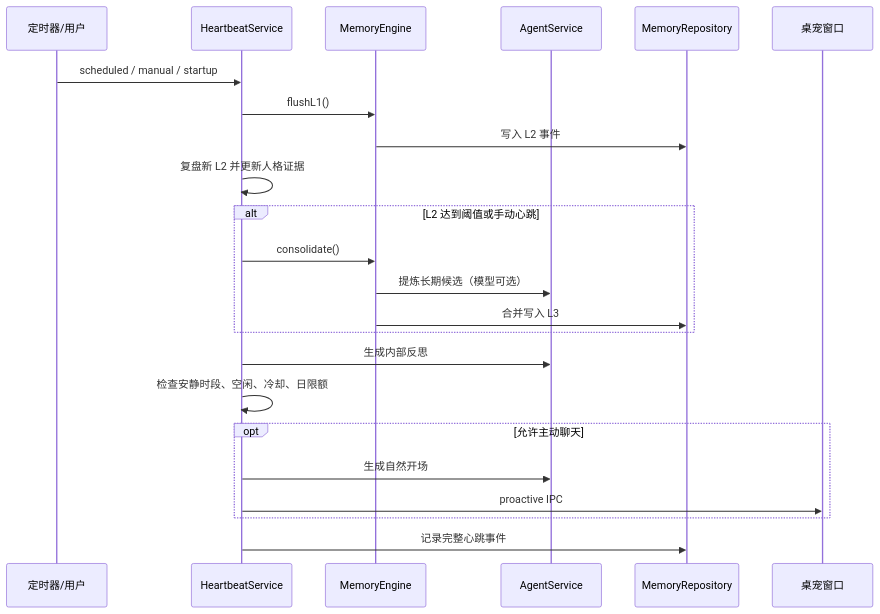
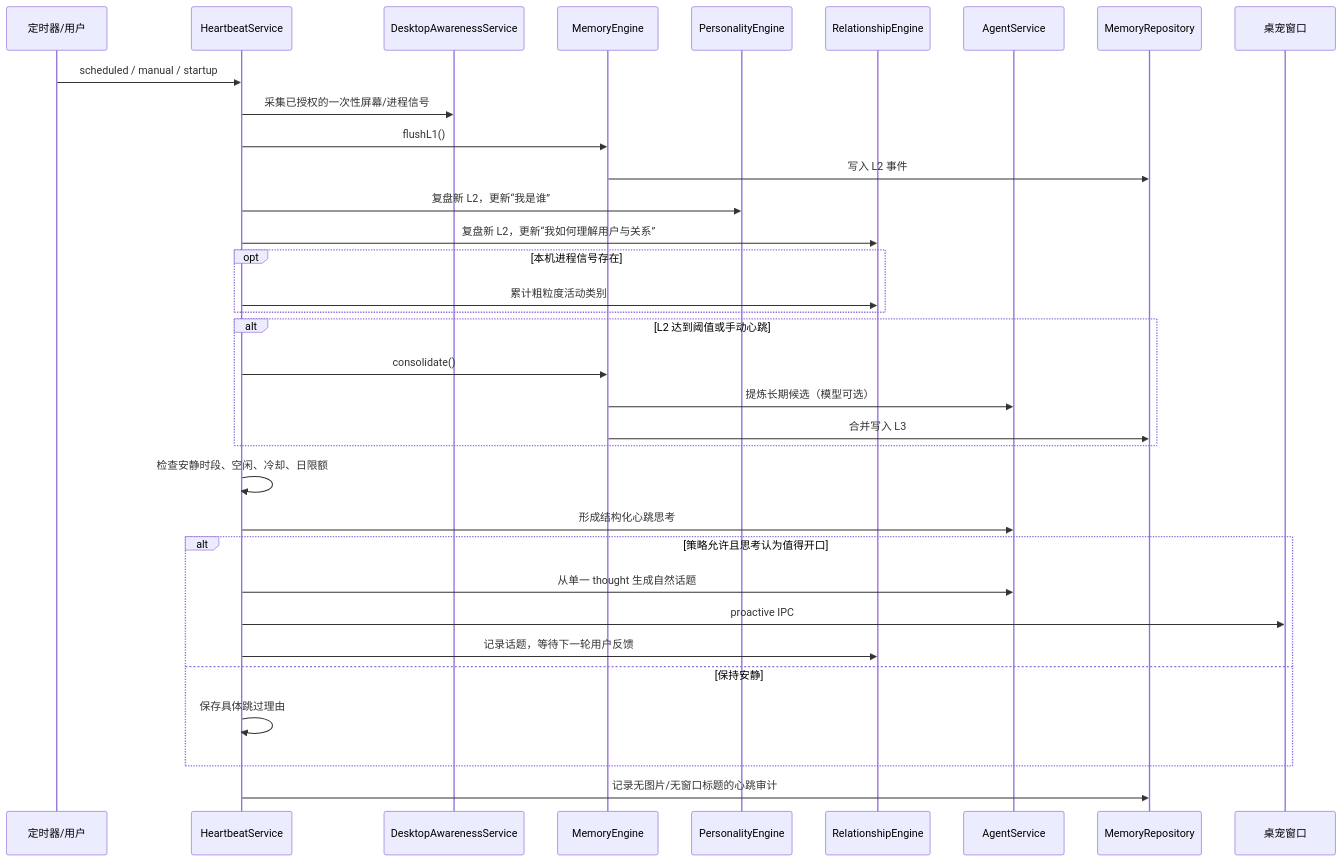
One commit to MonsterN58/memory-pet-agent changed the fourth of 6 diagrams in docs/ARCHITECTURE.md. Above: the diagram before and after it, drawn with Mermaid. The commit also changed other lines of this file and 35 other files, not shown here.

````diff
--- a/docs/ARCHITECTURE.md
+++ b/docs/ARCHITECTURE.md
@@ -125,25 +194,36 @@
 ```mermaid
 sequenceDiagram
   participant T as 定时器/用户
   participant H as HeartbeatService
+  participant D as DesktopAwarenessService
   participant M as MemoryEngine
+  participant P as PersonalityEngine
+  participant G as RelationshipEngine
   participant A as AgentService
   participant R as MemoryRepository
   participant U as 桌宠窗口
   T->>H: scheduled / manual / startup
+  H->>D: 采集已授权的一次性屏幕/进程信号
   H->>M: flushL1()
   M->>R: 写入 L2 事件
-  H->>H: 复盘新 L2 并更新人格证据
+  H->>P: 复盘新 L2，更新“我是谁”
+  H->>G: 复盘新 L2，更新“我如何理解用户与关系”
+  opt 本机进程信号存在
+    H->>G: 累计粗粒度活动类别
+  end
   alt L2 达到阈值或手动心跳
     H->>M: consolidate()
     M->>A: 提炼长期候选（模型可选）
     M->>R: 合并写入 L3
   end
-  H->>A: 生成内部反思
   H->>H: 检查安静时段、空闲、冷却、日限额
-  opt 允许主动聊天
-    H->>A: 生成自然开场
+  H->>A: 形成结构化心跳思考
+  alt 策略允许且思考认为值得开口
+    H->>A: 从单一 thought 生成自然话题
     H->>U: proactive IPC
+    H->>G: 记录话题，等待下一轮用户反馈
+  else 保持安静
+    H->>H: 保存具体跳过理由
   end
-  H->>R: 记录完整心跳事件
+  H->>R: 记录无图片/无窗口标题的心跳审计
 ```
````
